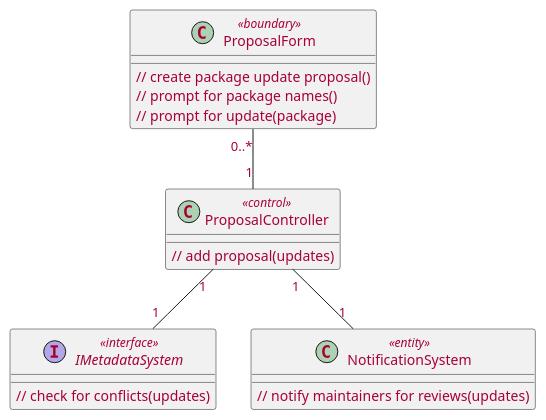
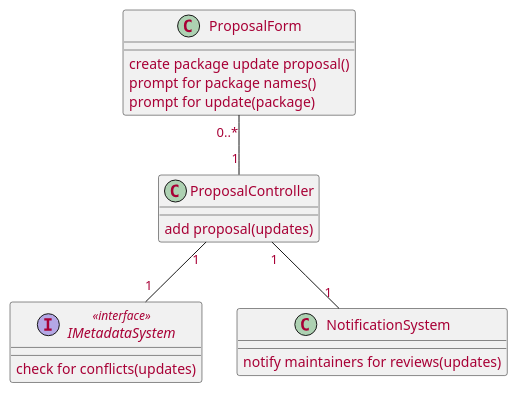
The sixth of 8 diagrams in source/solution/use-case-design.rst (McSinyx/ipppi), drawn with PlantUML before and after one commit. The commit also changed other lines of this file, not shown here.

```diff
--- a/source/solution/use-case-design.rst
+++ b/source/solution/use-case-design.rst
@@ -178,25 +178,25 @@
 .. uml::
 
    skinparam defaultFontColor #a80036
 
-   class ProposalForm <<boundary>> {
-      // create package update proposal()
-      // prompt for package names()
-      // prompt for update(package)
+   class ProposalForm {
+      create package update proposal()
+      prompt for package names()
+      prompt for update(package)
    }
 
-   class ProposalController <<control>> {
-      // add proposal(updates)
+   class ProposalController {
+      add proposal(updates)
    }
 
    interface IMetadataSystem <<interface>> {
-      // check for conflicts(updates)
+      check for conflicts(updates)
    }
 
-   class NotificationSystem <<entity>> {
-      // notify maintainers for reviews(updates)
+   class NotificationSystem {
+      notify maintainers for reviews(updates)
    }
 
    ProposalForm "0..*" -- "1" ProposalController
    ProposalController "1" -- "1" IMetadataSystem
    ProposalController "1" -- "1" NotificationSystem
```
